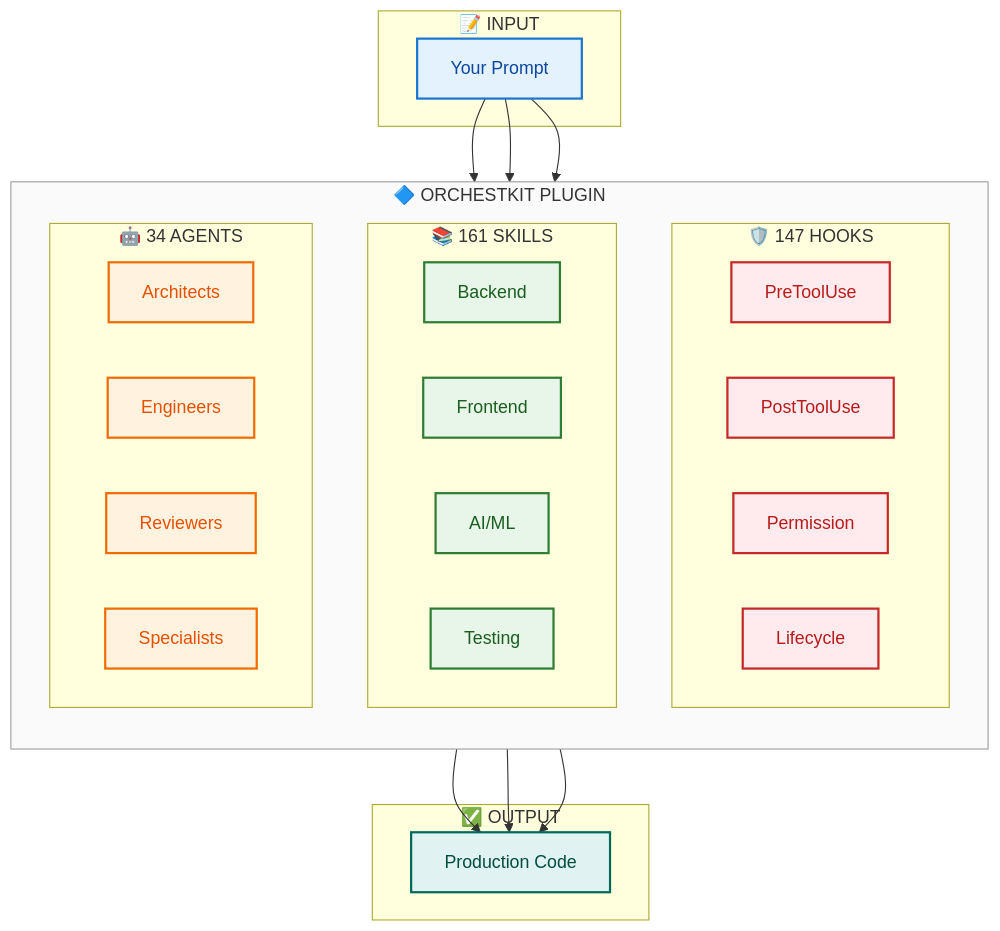
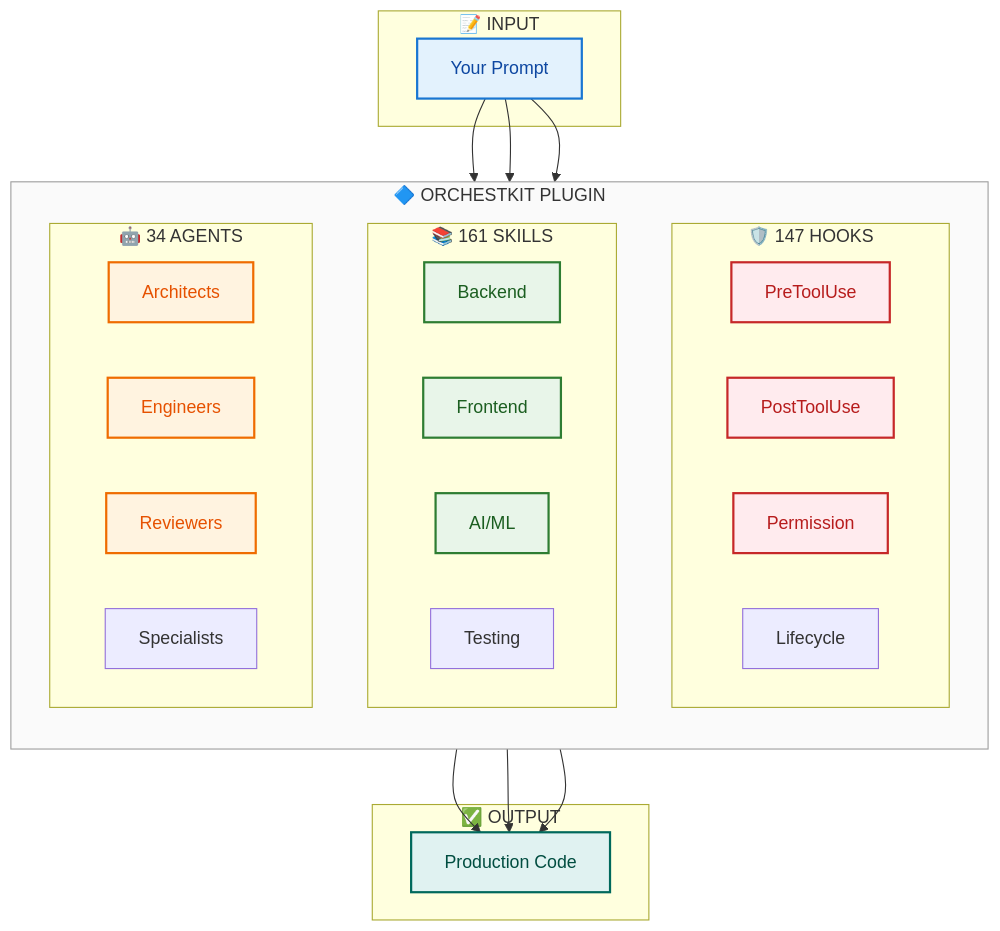
The second of 2 diagrams in README.md (yonatangross/orchestkit), drawn with Mermaid before and after one commit. The commit also changed other lines of this file and 68 other files, not shown here.

````diff
--- a/README.md
+++ b/README.md
@@ -462,59 +462,59 @@
 ```mermaid
 flowchart TB
     subgraph Input["📝 INPUT"]
         P["Your Prompt"]
     end
 
     subgraph OrchestKit["🔷 ORCHESTKIT PLUGIN"]
         direction TB
 
         subgraph Hooks["🛡️ 147 HOOKS"]
             direction LR
             H1["PreToolUse"]
             H2["PostToolUse"]
             H3["Permission"]
             H4["Lifecycle"]
         end
 
         subgraph Skills["📚 161 SKILLS"]
             direction LR
             S1["Backend"]
             S2["Frontend"]
             S3["AI/ML"]
             S4["Testing"]
         end
 
         subgraph Agents["🤖 34 AGENTS"]
             direction LR
             A1["Architects"]
             A2["Engineers"]
             A3["Reviewers"]
             A4["Specialists"]
         end
     end
 
     subgraph Output["✅ OUTPUT"]
         C["Production Code"]
     end
 
     P --> Hooks
     P --> Skills
     P --> Agents
     Hooks --> C
     Skills --> C
     Agents --> C
 
     classDef input fill:#e3f2fd,stroke:#1976d2,stroke-width:2px,color:#0d47a1
     classDef hooks fill:#ffebee,stroke:#c62828,stroke-width:2px,color:#b71c1c
     classDef skills fill:#e8f5e9,stroke:#2e7d32,stroke-width:2px,color:#1b5e20
     classDef agents fill:#fff3e0,stroke:#ef6c00,stroke-width:2px,color:#e65100
     classDef output fill:#e0f2f1,stroke:#00695c,stroke-width:2px,color:#004d40
     classDef container fill:#fafafa,stroke:#9e9e9e,stroke-width:1px
 
     class P input
-    class H1,H2,H3,H4 hooks
-    class S1,S2,S3,S4 skills
-    class A1,A2,A3,A4 agents
+    class H1,H2,H3,H0 hooks
+    class S1,S2,S3,S179 skills
+    class A1,A2,A3,A35 agents
     class C output
     class OrchestKit container
 ```
````
